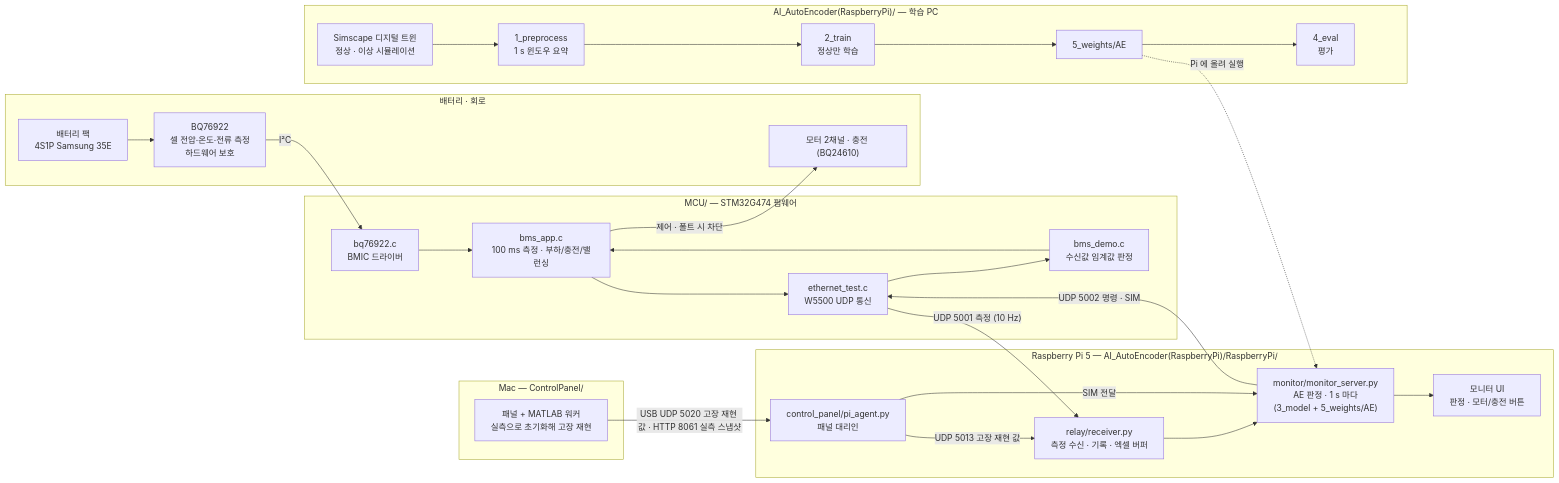
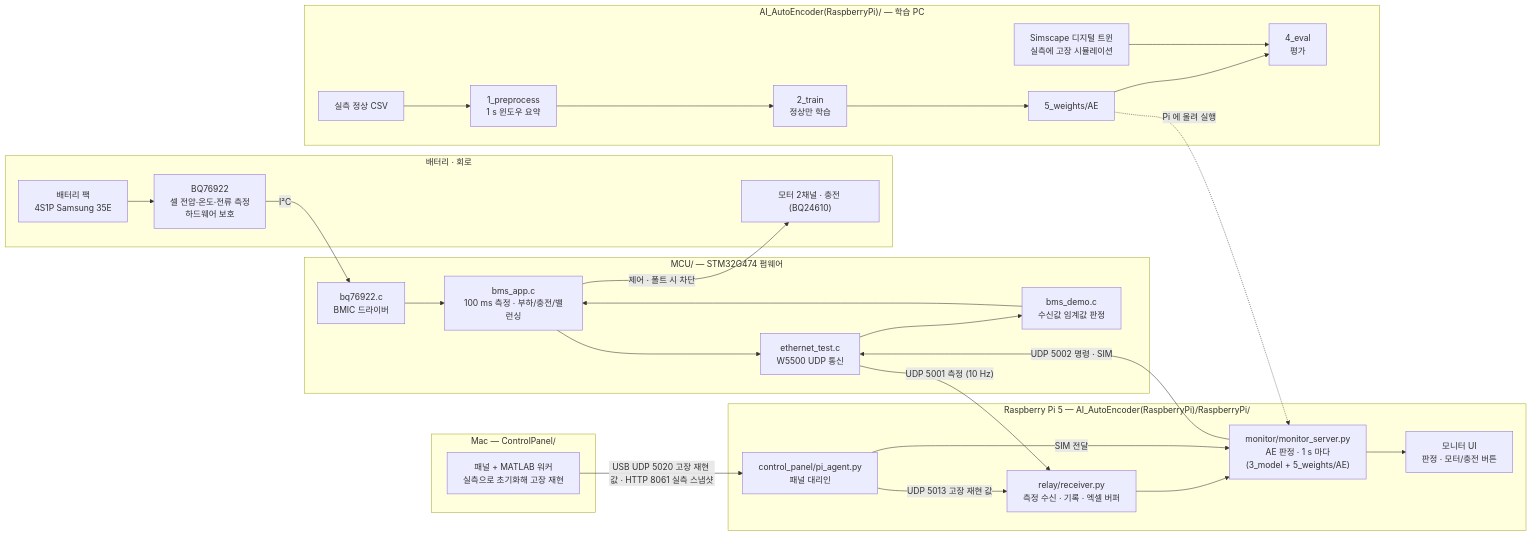
The diagram in README.md (DDongs068/2026ESWContest_mobility_kimdongwooteam), drawn with Mermaid before and after one commit. The commit also changed other lines of this file and 31 other files, not shown here.

````diff
--- a/README.md
+++ b/README.md
@@ -9,33 +9,34 @@
 ```mermaid
 flowchart LR
     subgraph HW["배터리 · 회로"]
         PACK["배터리 팩<br/>4S1P Samsung 35E"] --> BQ["BQ76922<br/>셀 전압·온도·전류 측정<br/>하드웨어 보호"]
         LOAD["모터 2채널 · 충전 (BQ24610)"]
     end
     subgraph FW["MCU/ — STM32G474 펌웨어"]
         DRV["bq76922.c<br/>BMIC 드라이버"] --> APP["bms_app.c<br/>100 ms 측정 · 부하/충전/밸런싱"]
         DEMO["bms_demo.c<br/>수신값 임계값 판정"] --> APP
         APP --> ETH["ethernet_test.c<br/>W5500 UDP 통신"]
         ETH --> DEMO
     end
     subgraph PI["Raspberry Pi 5 — AI_AutoEncoder(RaspberryPi)/RaspberryPi/"]
         RX["relay/receiver.py<br/>측정 수신 · 기록 · 엑셀 버퍼"] --> AE["monitor/monitor_server.py<br/>AE 판정 · 1 s 마다<br/>(3_model + 5_weights/AE)"]
         AE --> UI["모니터 UI<br/>판정 · 모터/충전 버튼"]
         AG["control_panel/pi_agent.py<br/>패널 대리인"] -- "UDP 5013 고장 재현 값" --> RX
         AG -- "SIM 전달" --> AE
     end
     subgraph MAC["Mac — ControlPanel/"]
         CP["패널 + MATLAB 워커<br/>실측으로 초기화해 고장 재현"]
     end
     subgraph TRAIN["AI_AutoEncoder(RaspberryPi)/ — 학습 PC"]
-        SIM["Simscape 디지털 트윈<br/>정상 · 이상 시뮬레이션"] --> PRE["1_preprocess<br/>1 s 윈도우 요약"]
+        SIM["실측 정상 CSV"] --> PRE["1_preprocess<br/>1 s 윈도우 요약"]
         PRE --> TR["2_train<br/>정상만 학습"] --> W["5_weights/AE"]
         W --> EV["4_eval<br/>평가"]
+        TWIN["Simscape 디지털 트윈<br/>실측에 고장 시뮬레이션"] --> EV
     end
     BQ -- "I²C" --> DRV
     APP -- "제어 · 폴트 시 차단" --> LOAD
     ETH -- "UDP 5001 측정 (10 Hz)" --> RX
     AE -- "UDP 5002 명령 · SIM" --> ETH
     CP -- "USB UDP 5020 고장 재현 값 · HTTP 8061 실측 스냅샷" --> AG
     W -. "Pi 에 올려 실행" .-> AE
 ```
````
